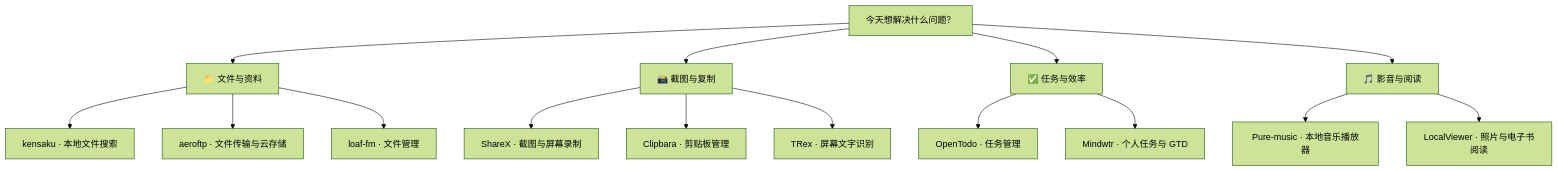
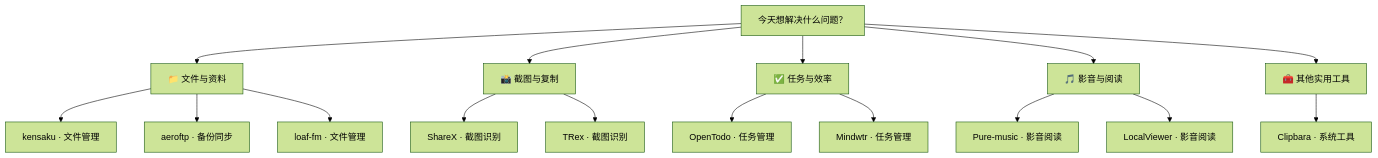
Before and after one commit to xiaokeyuan0610/Daily-open-source: the diagram in reports/2026-11-08.md, drawn with Mermaid (forest theme). The commit also changed other lines of this file and 1 other file, not shown here.

````diff
--- a/reports/2026-11-08.md
+++ b/reports/2026-11-08.md
@@ -7,18 +17,19 @@
 ```mermaid
 flowchart TB
   root["今天想解决什么问题？"]
   root --> group0["📁 文件与资料"]
-  group0 --> item3["kensaku · 本地文件搜索"]
-  group0 --> item8["aeroftp · 文件传输与云存储"]
+  group0 --> item3["kensaku · 文件管理"]
+  group0 --> item8["aeroftp · 备份同步"]
   group0 --> item9["loaf-fm · 文件管理"]
   root --> group1["📸 截图与复制"]
-  group1 --> item1["ShareX · 截图与屏幕录制"]
-  group1 --> item4["Clipbara · 剪贴板管理"]
-  group1 --> item5["TRex · 屏幕文字识别"]
+  group1 --> item1["ShareX · 截图识别"]
+  group1 --> item5["TRex · 截图识别"]
   root --> group2["✅ 任务与效率"]
   group2 --> item0["OpenTodo · 任务管理"]
-  group2 --> item2["Mindwtr · 个人任务与 GTD"]
+  group2 --> item2["Mindwtr · 任务管理"]
   root --> group3["🎵 影音与阅读"]
-  group3 --> item6["Pure-music · 本地音乐播放器"]
-  group3 --> item7["LocalViewer · 照片与电子书阅读"]
+  group3 --> item6["Pure-music · 影音阅读"]
+  group3 --> item7["LocalViewer · 影音阅读"]
+  root --> group4["🧰 其他实用工具"]
+  group4 --> item4["Clipbara · 系统工具"]
 ```
````
